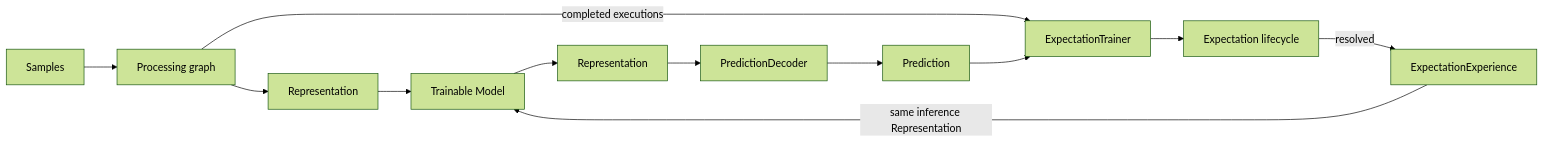
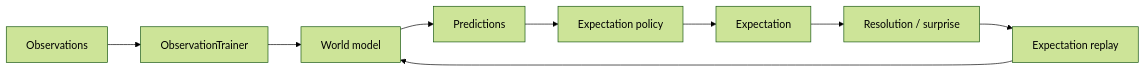
Before and after one commit to skasti/skyn-vaettr: the fifth of 6 diagrams in docs/expectations.md, drawn with Mermaid (forest theme). The commit also changed other lines of this file, not shown here.

Commit message:
Document observation-driven learning

````diff
--- a/docs/expectations.md
+++ b/docs/expectations.md
@@ -102,15 +106,11 @@
 ```mermaid
 flowchart LR
-    S[Samples] --> G[Processing graph]
-    G --> R[Representation]
-    R --> M[Trainable Model]
-    M --> O[Representation]
-    O --> D[PredictionDecoder]
-    D --> P[Prediction]
-
-    G -->|completed executions| T[ExpectationTrainer]
-    P --> T
-    T --> E[Expectation lifecycle]
-    E -->|resolved| X[ExpectationExperience]
-    X -->|same inference Representation| M
+    O[Observations] --> L[ObservationTrainer]
+    L --> M[World model]
+    M --> P[Predictions]
+    P --> E[Expectation policy]
+    E --> X[Expectation]
+    X --> R[Resolution / surprise]
+    R --> ER[Expectation replay]
+    ER --> M
 ```
````
